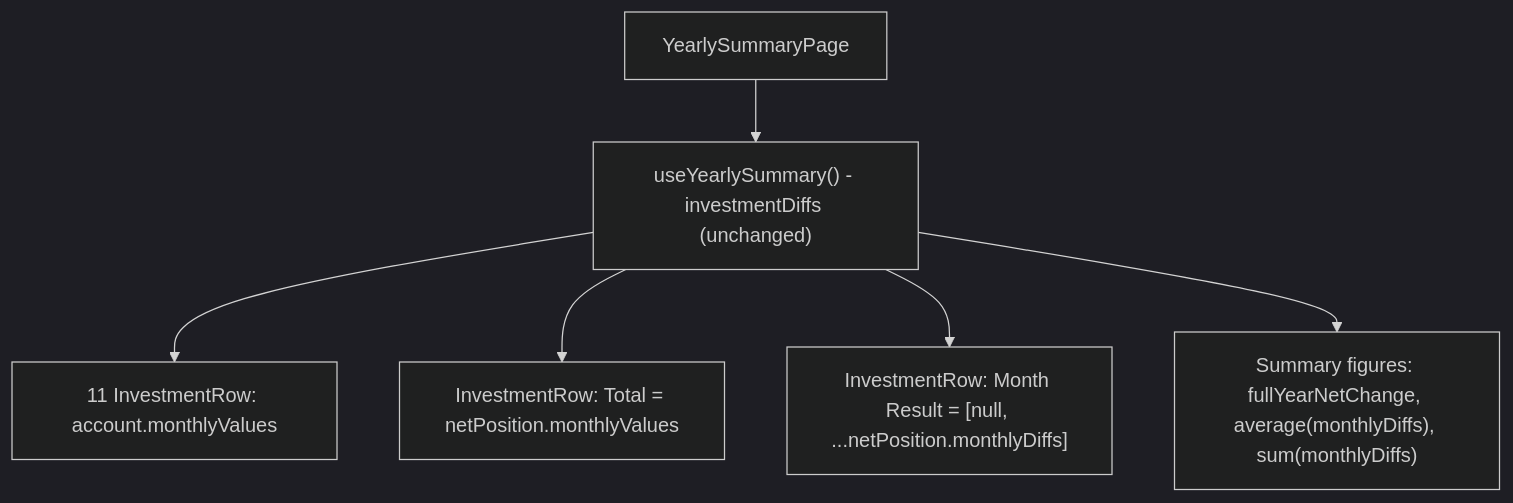
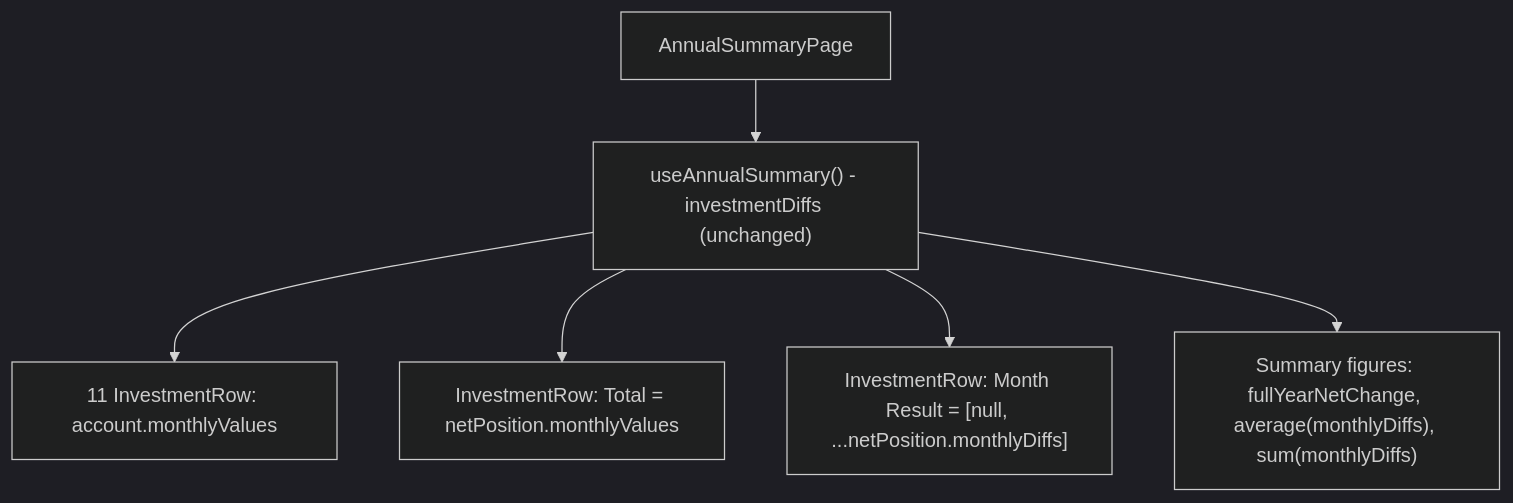
Before and after one commit to ggibellato/Financial: the diagram in docs/P16-F03-investments-subtab/spec.md, drawn with Mermaid (dark theme). The commit also changed other lines of this file and 67 other files, not shown here.

First line of the commit message:
refactor(cashflow): rename Yearly to Annual across code and docs (#270)

````diff
--- a/docs/P16-F03-investments-subtab/spec.md
+++ b/docs/P16-F03-investments-subtab/spec.md
@@ -18,8 +18,8 @@
 ```mermaid
 graph TD
-    A[YearlySummaryPage] --> B["useYearlySummary() - investmentDiffs (unchanged)"]
+    A[AnnualSummaryPage] --> B["useAnnualSummary() - investmentDiffs (unchanged)"]
     B --> C[11 InvestmentRow: account.monthlyValues]
     B --> D["InvestmentRow: Total = netPosition.monthlyValues"]
     B --> E["InvestmentRow: Month Result = [null, ...netPosition.monthlyDiffs]"]
     B --> F["Summary figures: fullYearNetChange, average(monthlyDiffs), sum(monthlyDiffs)"]
 ```
````
